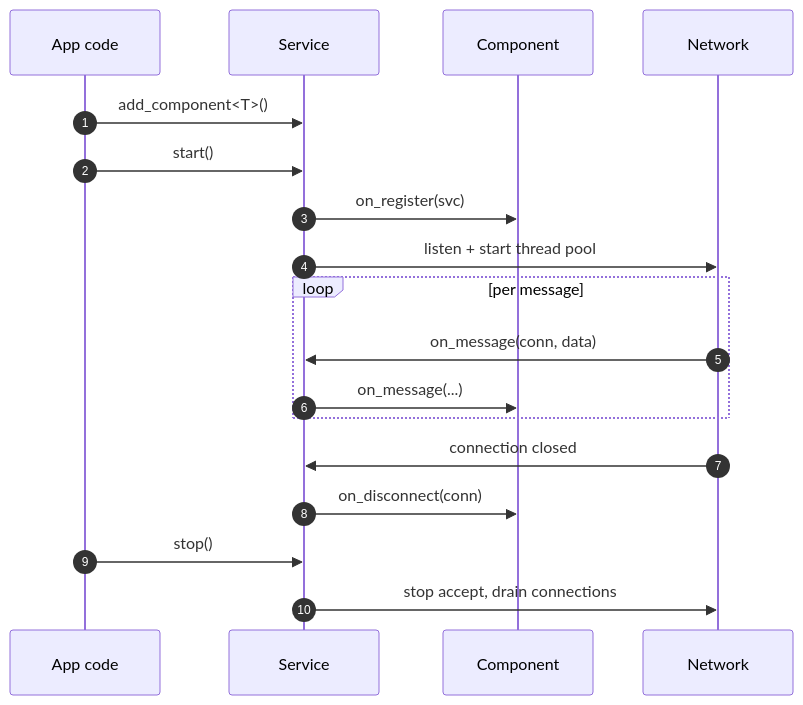
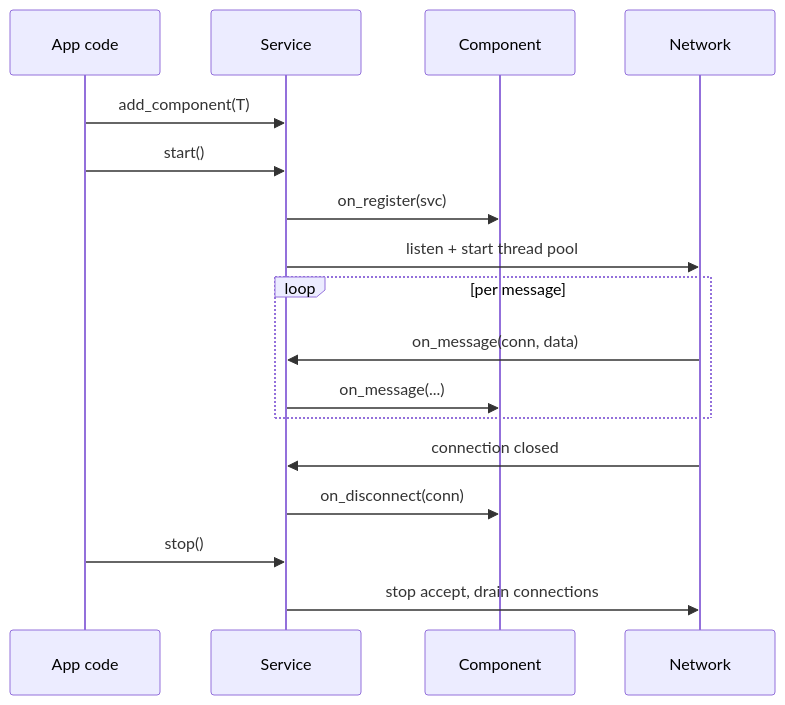
Before and after one commit to Kwell/ChwellCore: the fifth of 10 diagrams in README_EN.md, drawn with Mermaid. The commit also changed other lines of this file and 1 other file, not shown here.

Commit message:
docs: fix mermaid render errors (escape angle brackets, drop autonumber)

````diff
--- a/README_EN.md
+++ b/README_EN.md
@@ -488,24 +487,23 @@
 ```mermaid
 sequenceDiagram
-    autonumber
     participant U as App code
     participant S as Service
     participant C as Component
     participant N as Network
 
-    U->>S: add_component<T>()
+    U->>S: add_component(T)
     U->>S: start()
     S->>C: on_register(svc)
     S->>N: listen + start thread pool
 
     loop per message
         N->>S: on_message(conn, data)
         S->>C: on_message(...)
     end
 
     N->>S: connection closed
     S->>C: on_disconnect(conn)
 
     U->>S: stop()
     S->>N: stop accept, drain connections
 ```
````
